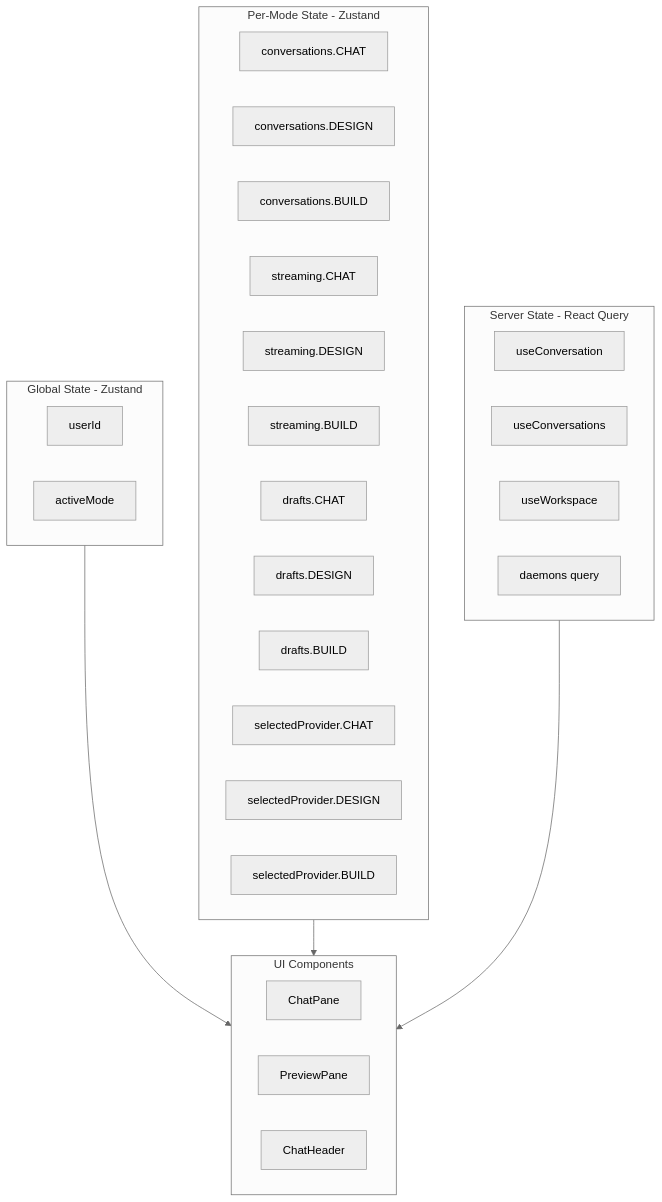
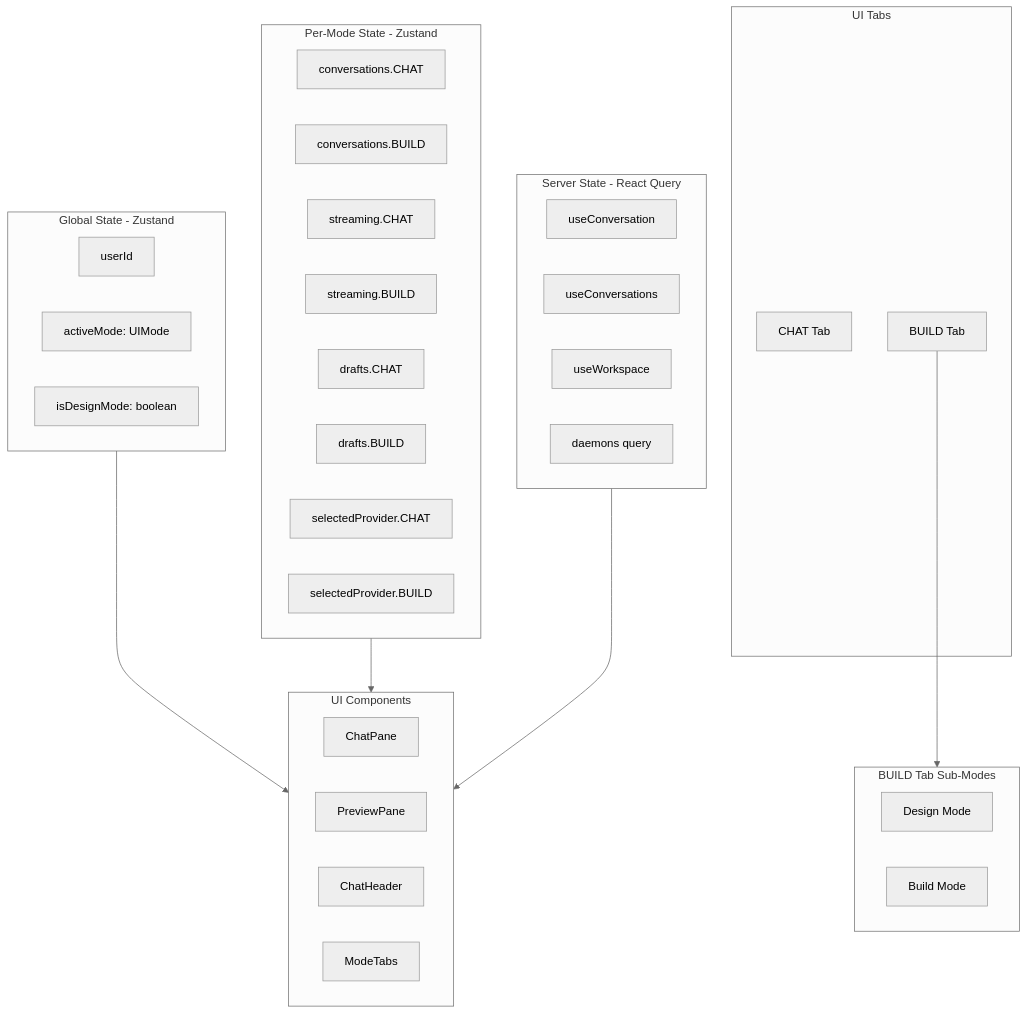
Before and after one commit to astral-matrix/ai-creator-app: the first of 5 diagrams in docs/state-management.md, drawn with Mermaid (neutral theme). The commit also changed other lines of this file and 17 other files, not shown here.

First line of the commit message:
Consolidate Design and Build Tabs

````diff
--- a/docs/state-management.md
+++ b/docs/state-management.md
@@ -15,42 +30,52 @@
 ```mermaid
 flowchart TD
+    subgraph UITabs [UI Tabs]
+        ChatTab[CHAT Tab]
+        BuildTab[BUILD Tab]
+    end
+
+    subgraph BuildSubModes [BUILD Tab Sub-Modes]
+        DesignMode[Design Mode]
+        BuildMode[Build Mode]
+    end
+
+    BuildTab --> BuildSubModes
+
     subgraph GlobalState [Global State - Zustand]
         UserId[userId]
-        ActiveMode[activeMode]
+        ActiveMode[activeMode: UIMode]
+        IsDesignMode[isDesignMode: boolean]
     end
 
     subgraph PerModeState [Per-Mode State - Zustand]
         ChatConv[conversations.CHAT]
-        DesignConv[conversations.DESIGN]
         BuildConv[conversations.BUILD]
         
         ChatStream[streaming.CHAT]
-        DesignStream[streaming.DESIGN]
         BuildStream[streaming.BUILD]
         
         ChatDraft[drafts.CHAT]
-        DesignDraft[drafts.DESIGN]
         BuildDraft[drafts.BUILD]
         
         ChatProvider[selectedProvider.CHAT]
-        DesignProvider[selectedProvider.DESIGN]
         BuildProvider[selectedProvider.BUILD]
     end
 
     subgraph ServerState [Server State - React Query]
         ConversationQuery[useConversation]
         ConversationsQuery[useConversations]
         WorkspaceQuery[useWorkspace]
         DaemonsQuery[daemons query]
     end
 
     subgraph UIComponents [UI Components]
         ChatPane[ChatPane]
         PreviewPane[PreviewPane]
         ChatHeader[ChatHeader]
+        ModeTabs[ModeTabs]
     end
 
     GlobalState --> UIComponents
     PerModeState --> UIComponents
     ServerState --> UIComponents
 ```
````
